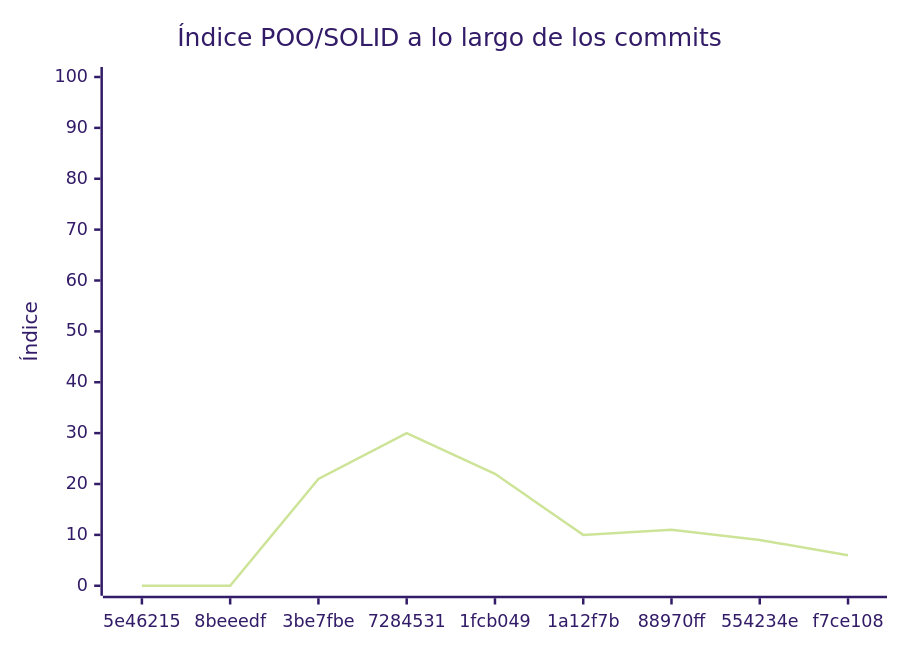
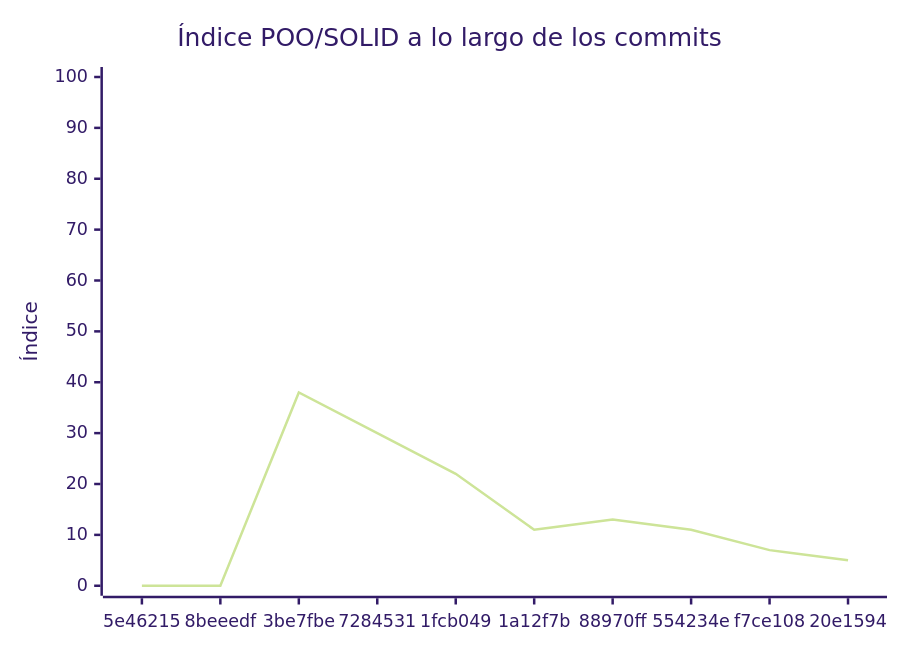
Before and after one commit to Stark-Industries123/PROYECTO-FINAL-EUYIN: the diagram in docs/EVALUACION.md, drawn with Mermaid (forest theme). The commit also changed other lines of this file and 1 other file, not shown here.

````diff
--- a/docs/EVALUACION.md
+++ b/docs/EVALUACION.md
@@ -229,7 +274,7 @@
 ```mermaid
 xychart-beta
     title "Índice POO/SOLID a lo largo de los commits"
-    x-axis ["5e46215", "8beeedf", "3be7fbe", "7284531", "1fcb049", "1a12f7b", "88970ff", "554234e", "f7ce108"]
+    x-axis ["5e46215", "8beeedf", "3be7fbe", "7284531", "1fcb049", "1a12f7b", "88970ff", "554234e", "f7ce108", "20e1594"]
     y-axis "Índice" 0 --> 100
-    line [0, 0, 21, 30, 22, 10, 11, 9, 6]
+    line [0, 0, 38, 30, 22, 11, 13, 11, 7, 5]
 ```
````
